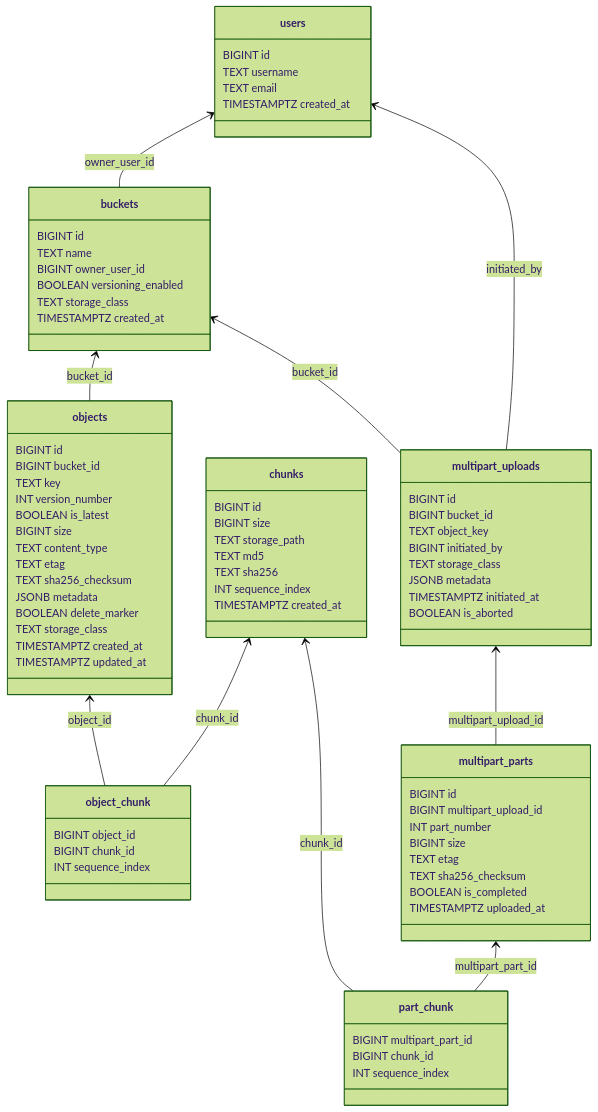
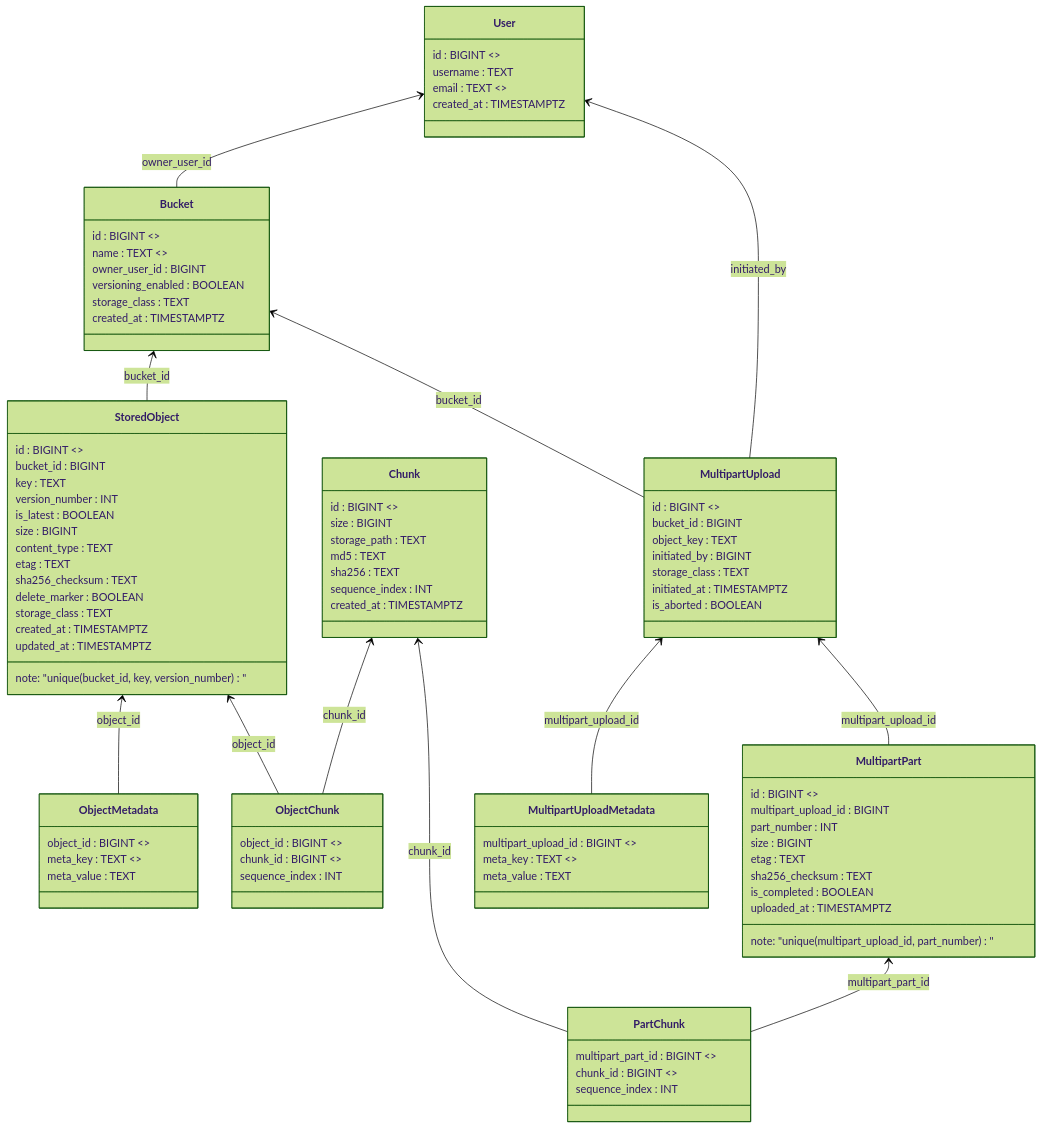
The diagram in src/main/kotlin/com/akitsuki/storage/docs/erd.md (architsuki-labs/dongmin-object-storage), drawn with Mermaid (forest theme) before and after one commit.

````diff
--- a/src/main/kotlin/com/akitsuki/storage/docs/erd.md
+++ b/src/main/kotlin/com/akitsuki/storage/docs/erd.md
@@ -1,93 +1,107 @@
 ```mermaid
-%% mermaid class diagram for S3-Lite schema
+%% mermaid class diagram for S3-Lite schema (normalized metadata, no jsonb)
 classDiagram
 direction BT
 
-class users {
-    BIGINT id
-    TEXT username
-    TEXT email
-    TIMESTAMPTZ created_at
+class User {
+id : BIGINT <<PK>>
+username : TEXT
+email : TEXT <<UNIQUE>>
+created_at : TIMESTAMPTZ
 }
 
-class buckets {
-    BIGINT id
-    TEXT name
-    BIGINT owner_user_id
-    BOOLEAN versioning_enabled
-    TEXT storage_class
-    TIMESTAMPTZ created_at
+class Bucket {
+id : BIGINT <<PK>>
+name : TEXT <<UNIQUE>>
+owner_user_id : BIGINT
+versioning_enabled : BOOLEAN
+storage_class : TEXT
+created_at : TIMESTAMPTZ
 }
 
-class objects {
-    BIGINT id
-    BIGINT bucket_id
-    TEXT key
-    INT version_number
-    BOOLEAN is_latest
-    BIGINT size
-    TEXT content_type
-    TEXT etag
-    TEXT sha256_checksum
-    JSONB metadata
-    BOOLEAN delete_marker
-    TEXT storage_class
-    TIMESTAMPTZ created_at
-    TIMESTAMPTZ updated_at
+class StoredObject {
+id : BIGINT <<PK>>
+bucket_id : BIGINT
+key : TEXT
+version_number : INT
+is_latest : BOOLEAN
+size : BIGINT
+content_type : TEXT
+etag : TEXT
+sha256_checksum : TEXT
+delete_marker : BOOLEAN
+storage_class : TEXT
+created_at : TIMESTAMPTZ
+updated_at : TIMESTAMPTZ
+note: "unique(bucket_id, key, version_number)"
 }
 
-class chunks {
-    BIGINT id
-    BIGINT size
-    TEXT storage_path
-    TEXT md5
-    TEXT sha256
-    INT sequence_index
-    TIMESTAMPTZ created_at
+class ObjectMetadata {
+object_id : BIGINT <<PK>>
+meta_key : TEXT <<PK>>
+meta_value : TEXT
 }
 
-class object_chunk {
-    BIGINT object_id
-    BIGINT chunk_id
-    INT sequence_index
+class Chunk {
+id : BIGINT <<PK>>
+size : BIGINT
+storage_path : TEXT
+md5 : TEXT
+sha256 : TEXT
+sequence_index : INT
+created_at : TIMESTAMPTZ
 }
 
-class multipart_uploads {
-    BIGINT id
-    BIGINT bucket_id
-    TEXT object_key
-    BIGINT initiated_by
-    TEXT storage_class
-    JSONB metadata
-    TIMESTAMPTZ initiated_at
-    BOOLEAN is_aborted
+class ObjectChunk {
+object_id : BIGINT <<PK>>
+chunk_id : BIGINT <<PK>>
+sequence_index : INT
 }
 
-class multipart_parts {
-    BIGINT id
-    BIGINT multipart_upload_id
-    INT part_number
-    BIGINT size
-    TEXT etag
-    TEXT sha256_checksum
-    BOOLEAN is_completed
-    TIMESTAMPTZ uploaded_at
+class MultipartUpload {
+id : BIGINT <<PK>>
+bucket_id : BIGINT
+object_key : TEXT
+initiated_by : BIGINT
+storage_class : TEXT
+initiated_at : TIMESTAMPTZ
+is_aborted : BOOLEAN
 }
 
-class part_chunk {
-    BIGINT multipart_part_id
-    BIGINT chunk_id
-    INT sequence_index
+class MultipartUploadMetadata {
+multipart_upload_id : BIGINT <<PK>>
+meta_key : TEXT <<PK>>
+meta_value : TEXT
+}
+
+class MultipartPart {
+id : BIGINT <<PK>>
+multipart_upload_id : BIGINT
+part_number : INT
+size : BIGINT
+etag : TEXT
+sha256_checksum : TEXT
+is_completed : BOOLEAN
+uploaded_at : TIMESTAMPTZ
+note: "unique(multipart_upload_id, part_number)"
+}
+
+class PartChunk {
+multipart_part_id : BIGINT <<PK>>
+chunk_id : BIGINT <<PK>>
+sequence_index : INT
 }
 
 %% relationships
-buckets --> users : owner_user_id
-objects --> buckets : bucket_id
-object_chunk --> objects : object_id
-object_chunk --> chunks : chunk_id
-multipart_uploads --> buckets : bucket_id
-multipart_uploads --> users : initiated_by
-multipart_parts --> multipart_uploads : multipart_upload_id
-part_chunk --> multipart_parts : multipart_part_id
-part_chunk --> chunks : chunk_id
+Bucket --> User : owner_user_id
+MultipartUpload --> User : initiated_by
+StoredObject --> Bucket : bucket_id
+ObjectMetadata --> StoredObject : object_id
+ObjectChunk --> StoredObject : object_id
+ObjectChunk --> Chunk : chunk_id
+MultipartUpload --> Bucket : bucket_id
+MultipartUploadMetadata --> MultipartUpload : multipart_upload_id
+MultipartPart --> MultipartUpload : multipart_upload_id
+PartChunk --> MultipartPart : multipart_part_id
+PartChunk --> Chunk : chunk_id
 ```
````
